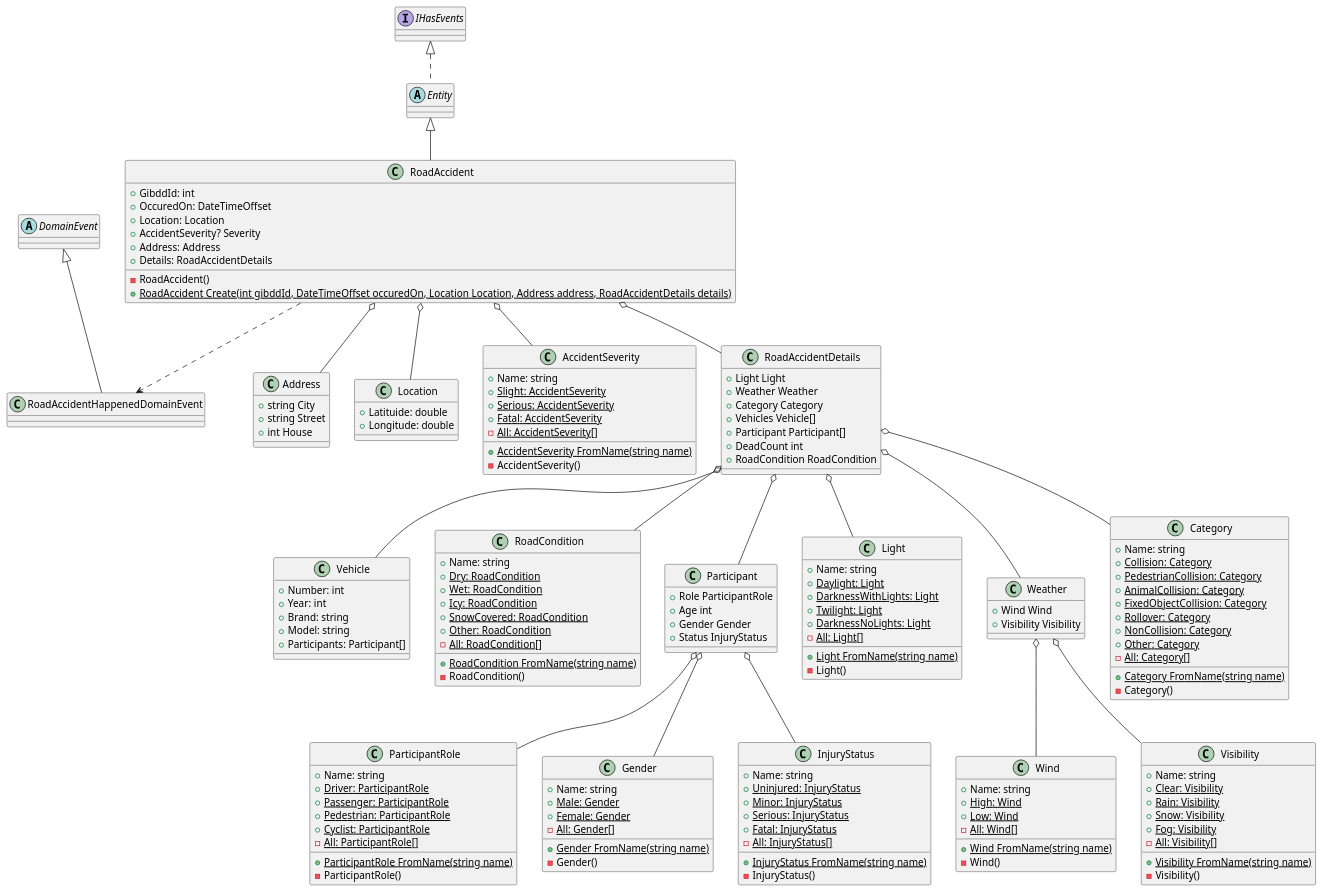
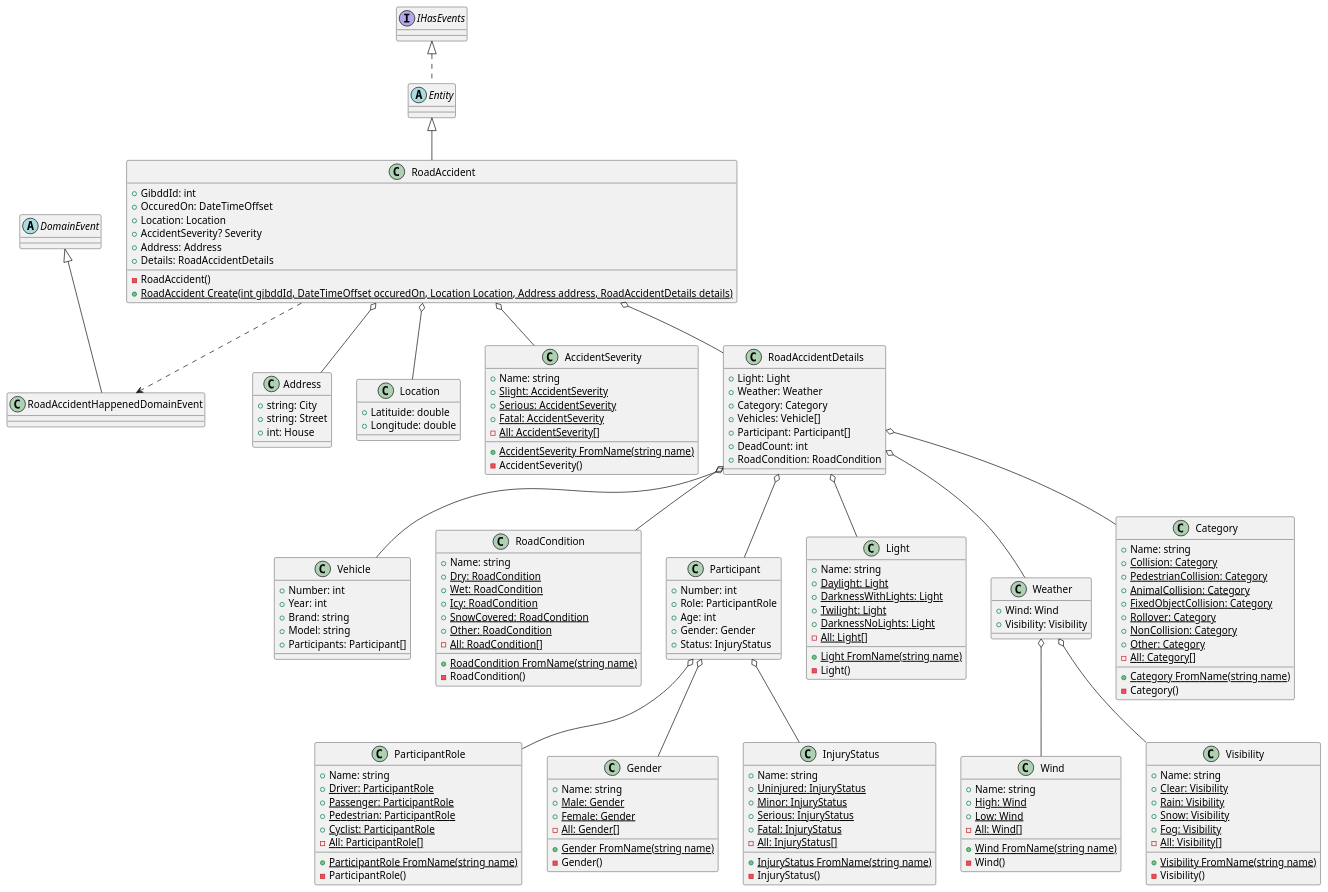
One commit to Nike073i/road-safety changed the diagram in docs/design/classes/road-accidents.puml. Above: the diagram before and after it, drawn with PlantUML.

Commit message:
add number to participant

```diff
--- a/docs/design/classes/road-accidents.puml
+++ b/docs/design/classes/road-accidents.puml
@@ -1,181 +1,182 @@
 @startuml road-accidents
 
 ' Base
     interface IHasEvents
     abstract class DomainEvent
     abstract class Entity implements IHasEvents
 
 ' RoadAccident
     class RoadAccident extends Entity {
         +GibddId: int
         +OccuredOn: DateTimeOffset
         +Location: Location
         +AccidentSeverity? Severity
         +Address: Address
         +Details: RoadAccidentDetails
         -RoadAccident()
         +{static} RoadAccident Create(int gibddId, DateTimeOffset occuredOn, Location Location, Address address, RoadAccidentDetails details)
     }
 
     class RoadAccidentHappenedDomainEvent extends DomainEvent
 
     class Address {
-        +string City
-        +string Street
-        +int House
+        +string: City
+        +string: Street
+        +int: House
     }
 
     class Location {
         +Latituide: double
         +Longitude: double
     }
 
     class AccidentSeverity {
         +Name: string
         +{static} Slight: AccidentSeverity 
         +{static} Serious: AccidentSeverity 
         +{static} Fatal: AccidentSeverity 
         -{static} All: AccidentSeverity[] 
         +{static} AccidentSeverity FromName(string name)
         -AccidentSeverity()
     }
 
     class RoadAccidentDetails {
-        +Light Light
-        +Weather Weather
-        +Category Category
-        +Vehicles Vehicle[]
-        +Participant Participant[]
-        +DeadCount int
-        +RoadCondition RoadCondition
+        +Light: Light
+        +Weather: Weather
+        +Category: Category
+        +Vehicles: Vehicle[]
+        +Participant: Participant[]
+        +DeadCount: int
+        +RoadCondition: RoadCondition
     }
 
     class Vehicle {
         +Number: int
         +Year: int
         +Brand: string
         +Model: string
         +Participants: Participant[]
     }
 
     class RoadCondition {
         +Name: string
         +{static} Dry: RoadCondition
         +{static} Wet: RoadCondition 
         +{static} Icy: RoadCondition 
         +{static} SnowCovered: RoadCondition 
         +{static} Other: RoadCondition 
         -{static} All: RoadCondition[]
         +{static} RoadCondition FromName(string name)
         -RoadCondition()
     }
 
     class Participant {
-        +Role ParticipantRole
-        +Age int
-        +Gender Gender
-        +Status InjuryStatus
+        +Number: int
+        +Role: ParticipantRole
+        +Age: int
+        +Gender: Gender
+        +Status: InjuryStatus
     }
 
     class ParticipantRole {
         +Name: string
         +{static} Driver: ParticipantRole
         +{static} Passenger: ParticipantRole 
         +{static} Pedestrian: ParticipantRole 
         +{static} Cyclist: ParticipantRole 
         -{static} All: ParticipantRole[]
         +{static} ParticipantRole FromName(string name)
         -ParticipantRole()
     }
 
     class Gender {
         +Name: string
         +{static} Male: Gender
         +{static} Female: Gender 
         -{static} All: Gender[]
         +{static} Gender FromName(string name)
         -Gender()
     }
 
     class InjuryStatus {
         +Name: string
         +{static} Uninjured: InjuryStatus
         +{static} Minor: InjuryStatus 
         +{static} Serious: InjuryStatus 
         +{static} Fatal: InjuryStatus 
         -{static} All: InjuryStatus[]
         +{static} InjuryStatus FromName(string name)
         -InjuryStatus()
     }
 
     class Light {
         +Name: string
         +{static} Daylight: Light
         +{static} DarknessWithLights: Light 
         +{static} Twilight: Light 
         +{static} DarknessNoLights: Light 
         -{static} All: Light[]
         +{static} Light FromName(string name)
         -Light()
     }
 
     class Weather {
-        +Wind Wind
-        +Visibility Visibility
+        +Wind: Wind
+        +Visibility: Visibility
     }
 
     class Wind {
         +Name: string
         +{static} High: Wind
         +{static} Low: Wind 
         -{static} All: Wind[]
         +{static} Wind FromName(string name)
         -Wind()
     }
 
     class Visibility {
         +Name: string
         +{static} Clear: Visibility 
         +{static} Rain: Visibility 
         +{static} Snow: Visibility 
         +{static} Fog: Visibility 
         -{static} All: Visibility[] 
         +{static} Visibility FromName(string name)
         -Visibility()
     }
 
     class Category {
         +Name: string
         +{static} Collision: Category 
         +{static} PedestrianCollision: Category 
         +{static} AnimalCollision: Category 
         +{static} FixedObjectCollision: Category 
         +{static} Rollover: Category 
         +{static} NonCollision: Category 
         +{static} Other: Category 
         -{static} All: Category[] 
         +{static} Category FromName(string name)
         -Category()
     }
 
     RoadAccident ..> RoadAccidentHappenedDomainEvent
     RoadAccident o-- AccidentSeverity
     RoadAccident o-- Location
     RoadAccident o-- Address
     RoadAccident o-- RoadAccidentDetails
 
     RoadAccidentDetails o-- Light
     RoadAccidentDetails o-- Weather
     RoadAccidentDetails o-- Category
     RoadAccidentDetails o-- Vehicle
     RoadAccidentDetails o-- Participant
     RoadAccidentDetails o-- RoadCondition
 
     Weather o-- Wind
     Weather o-- Visibility
 
     Participant o-- Gender
     Participant o-- InjuryStatus
     Participant o-- ParticipantRole
 
 @enduml
```
